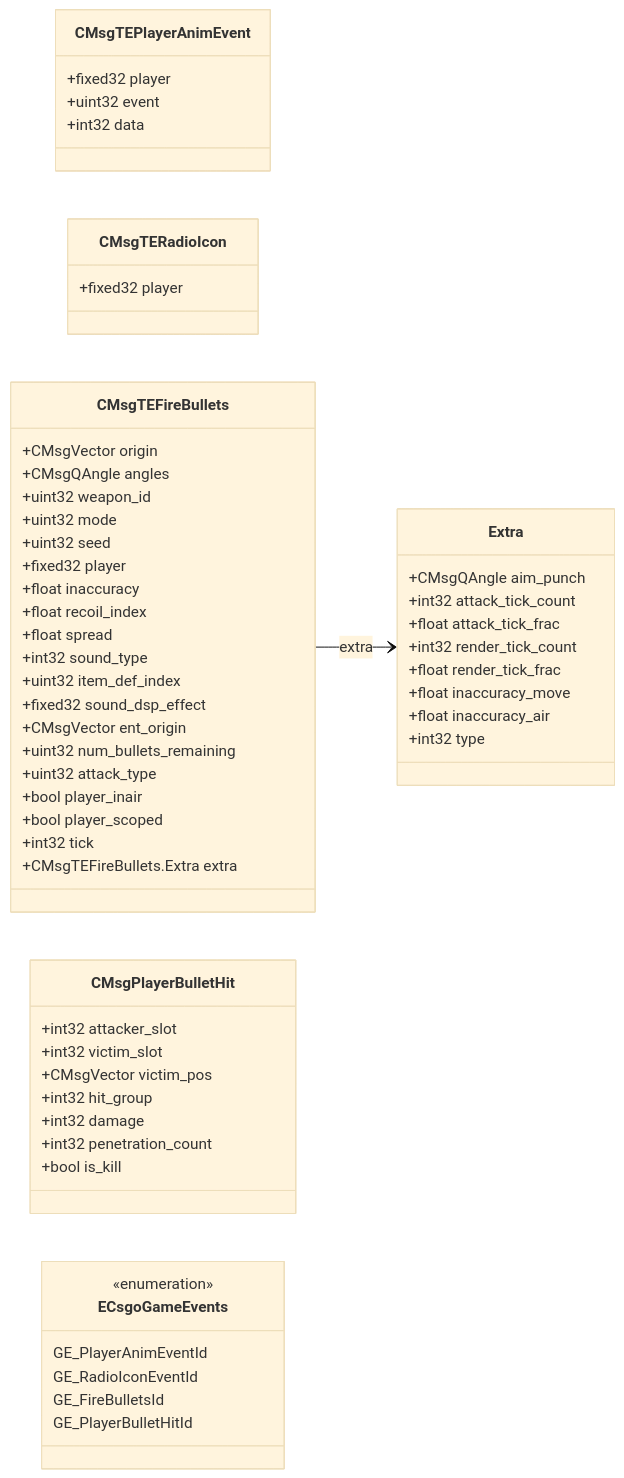
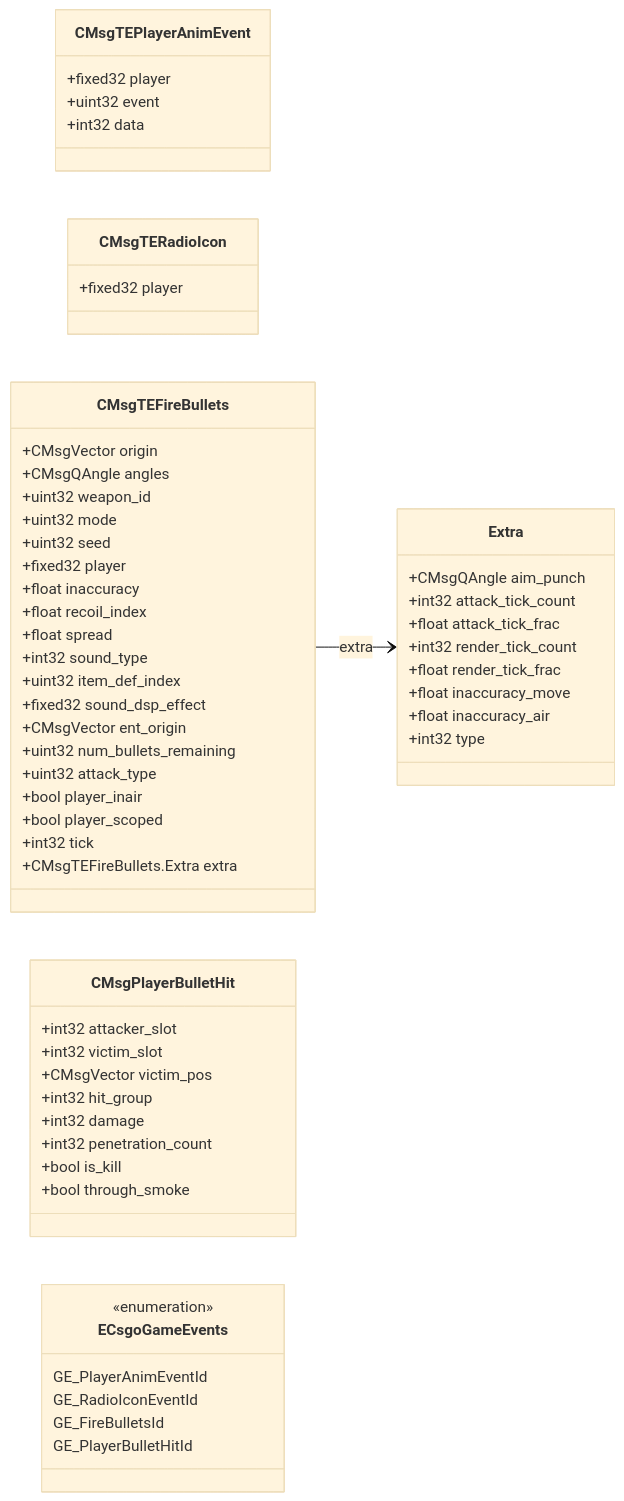
One commit to CS2OpenDev/CS2OpenDev-Docs changed the diagram in docs/generated/proto/cs_gameevents.md. Above: the diagram before and after it, drawn with Mermaid (base theme). The commit also changed other lines of this file and 25 other files, not shown here.

First line of the commit message:
feat: add codegen schemas, KV3 value_parsed, gameevents overlay

````diff
--- a/docs/generated/proto/cs_gameevents.md
+++ b/docs/generated/proto/cs_gameevents.md
@@ -17,68 +17,69 @@
 ```mermaid
 classDiagram
 direction LR
 
   class CMsgTEPlayerAnimEvent {
     +fixed32 player
     +uint32 event
     +int32 data
   }
 
   class CMsgTERadioIcon {
     +fixed32 player
   }
 
   class CMsgTEFireBullets {
     +CMsgVector origin
     +CMsgQAngle angles
     +uint32 weapon_id
     +uint32 mode
     +uint32 seed
     +fixed32 player
     +float inaccuracy
     +float recoil_index
     +float spread
     +int32 sound_type
     +uint32 item_def_index
     +fixed32 sound_dsp_effect
     +CMsgVector ent_origin
     +uint32 num_bullets_remaining
     +uint32 attack_type
     +bool player_inair
     +bool player_scoped
     +int32 tick
     +CMsgTEFireBullets.Extra extra
   }
 
   class Extra {
     +CMsgQAngle aim_punch
     +int32 attack_tick_count
     +float attack_tick_frac
     +int32 render_tick_count
     +float render_tick_frac
     +float inaccuracy_move
     +float inaccuracy_air
     +int32 type
   }
 
   class CMsgPlayerBulletHit {
     +int32 attacker_slot
     +int32 victim_slot
     +CMsgVector victim_pos
     +int32 hit_group
     +int32 damage
     +int32 penetration_count
     +bool is_kill
+    +bool through_smoke
   }
 
   CMsgTEFireBullets --> Extra : extra
 
   class ECsgoGameEvents{
     <<enumeration>>
     GE_PlayerAnimEventId
     GE_RadioIconEventId
     GE_FireBulletsId
     GE_PlayerBulletHitId
   }
 
 ```
````
